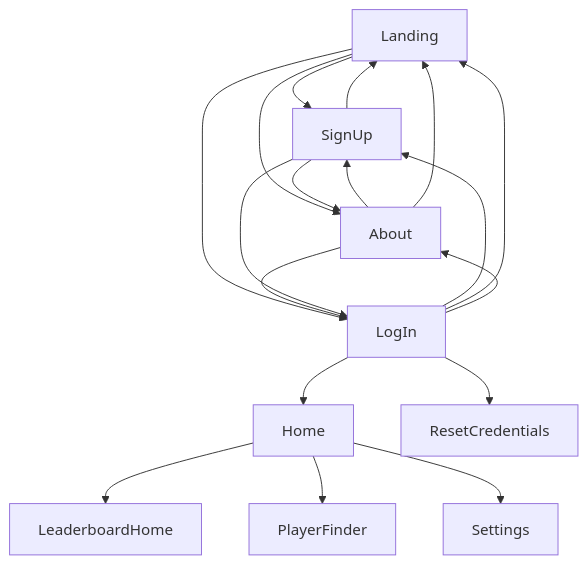
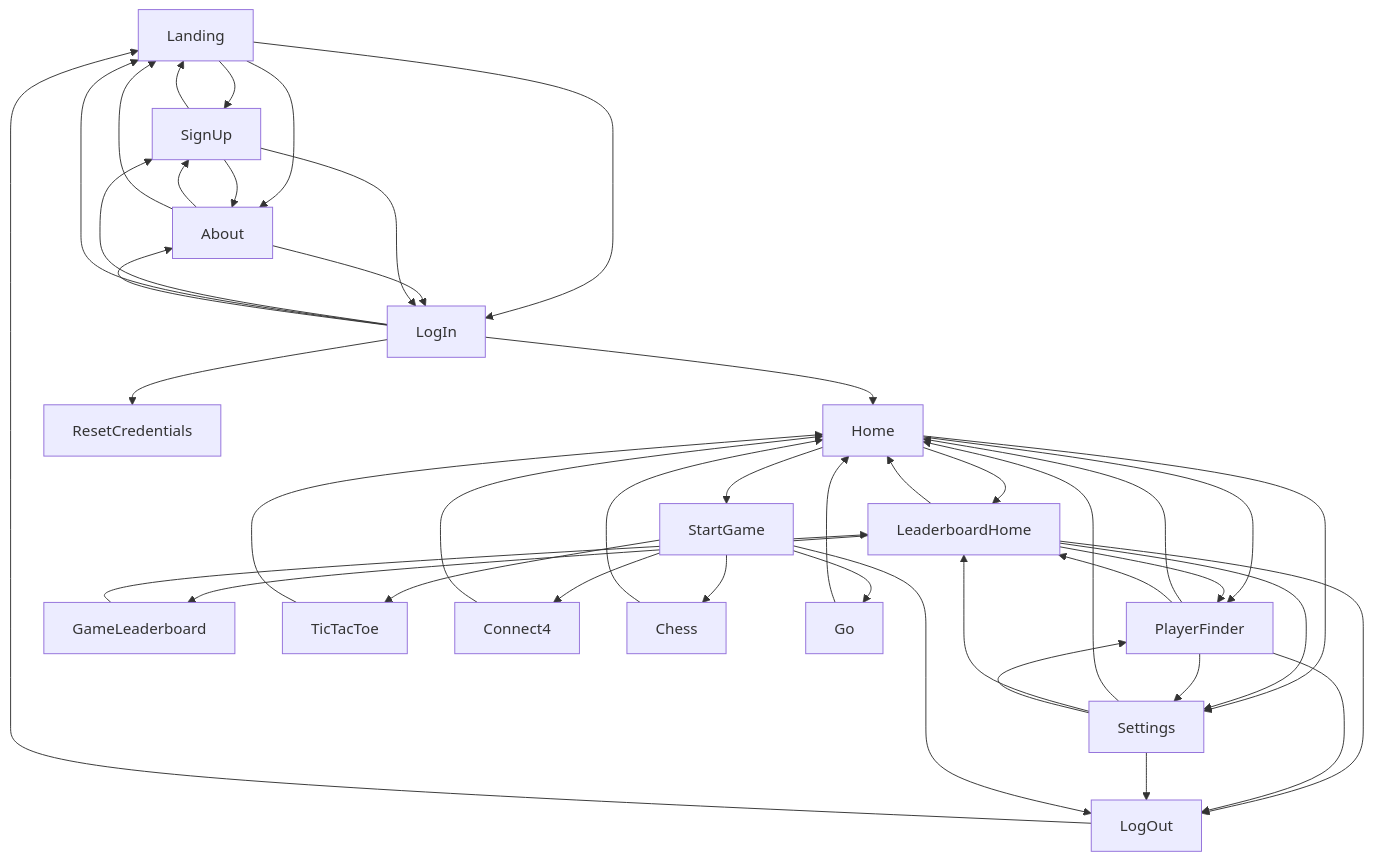
The diagram in src documentation/client/gui/GUI_design_doc.md (kelsierfin/BasicGamingPlatform), drawn with Mermaid before and after one commit.

Commit message:
Finished GUI flowchart

````diff
--- a/src documentation/client/gui/GUI_design_doc.md
+++ b/src documentation/client/gui/GUI_design_doc.md
@@ -14,22 +14,46 @@
 ```mermaid
 flowchart TD
     A[Landing] --> B[SignUp]
     A --> C[LogIn]
     A --> D[About]
     D --> B
     D --> A
     D --> C
     B --> D
     B --> A
     B --> C
     C --> B
     C --> A
     C --> D
     C --> E[Home]
     C --> F[ResetCredentials]
     E --> G[LeaderboardHome]
     E --> H[PlayerFinder]
     E --> I[Settings]
-    
+    E --> J[StartGame]
+    G --> E
+    G --> H
+    G --> I
+    G --> K[GameLeaderboard]
+    K --> G
+    H --> E
+    H --> G
+    H --> I
+    I --> E
+    I --> G
+    I --> H
+    J --> L[TicTacToe]
+    J --> M[Connect4]
+    J --> N[Chess]
+    J --> O[Go]
+    L --> E
+    M --> E
+    N --> E
+    O --> E
+    G --> P[LogOut]
+    H --> P[LogOut]
+    I --> P[LogOut]
+    J --> P[LogOut]
+    P --> A
     
 ```
````
